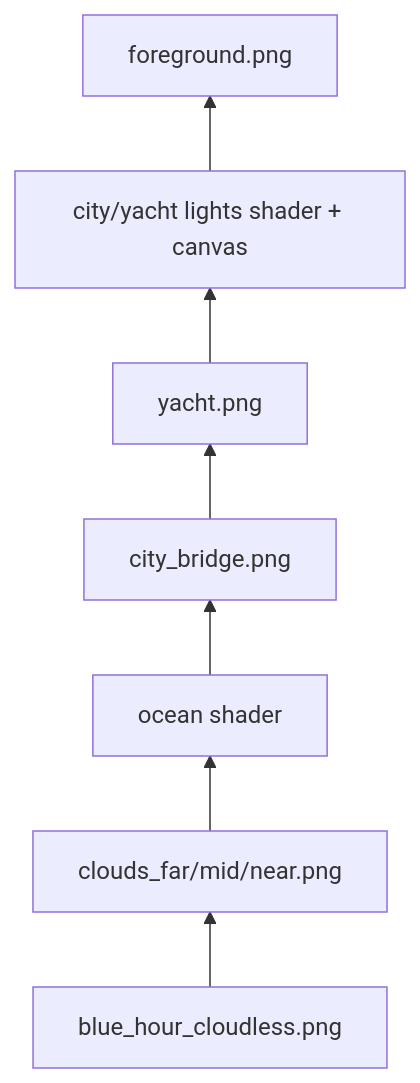
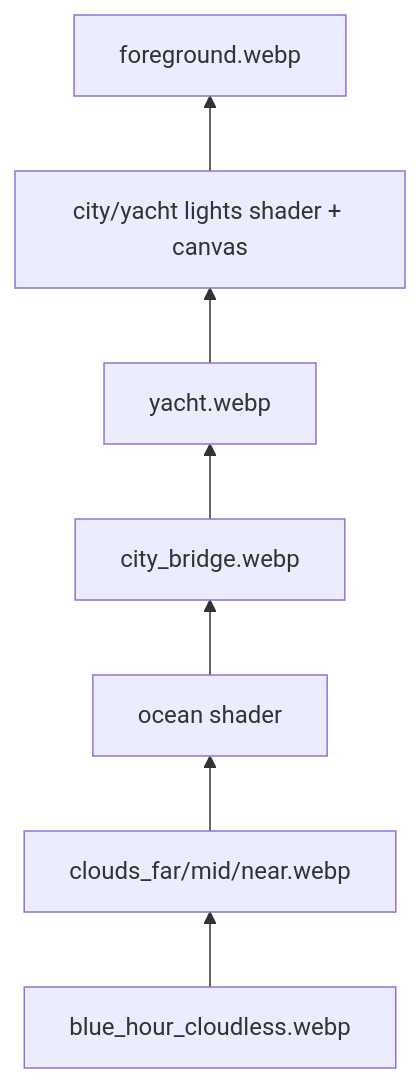
One commit to matthiasn/lotti changed the second of 2 diagrams in tools/scenery_art/README.md. Above: the diagram before and after it, drawn with Mermaid. The commit also changed other lines of this file and 40 other files, not shown here.

````diff
--- a/tools/scenery_art/README.md
+++ b/tools/scenery_art/README.md
@@ -126,11 +129,11 @@
 ```mermaid
 flowchart BT
-  foreground[foreground.png]
+  foreground[foreground.webp]
   lights[city/yacht lights shader + canvas]
-  yacht[yacht.png]
-  city[city_bridge.png]
+  yacht[yacht.webp]
+  city[city_bridge.webp]
   ocean[ocean shader]
-  clouds[clouds_far/mid/near.png]
-  base[blue_hour_cloudless.png]
+  clouds[clouds_far/mid/near.webp]
+  base[blue_hour_cloudless.webp]
   base --> clouds --> ocean --> city --> yacht --> lights --> foreground
 ```
````
